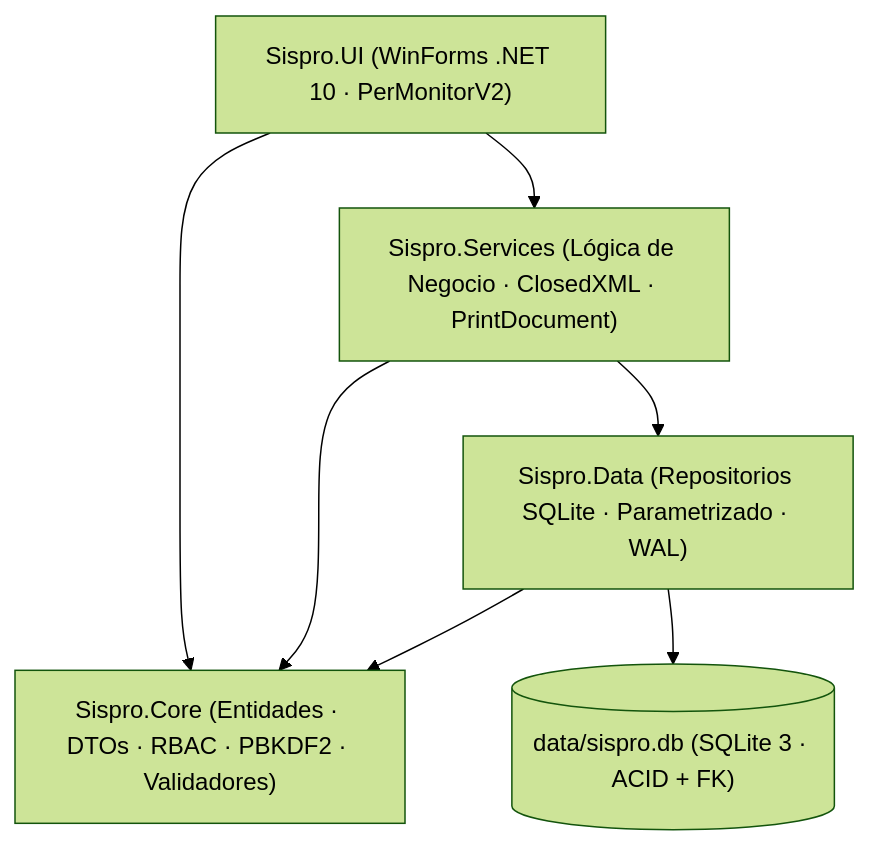
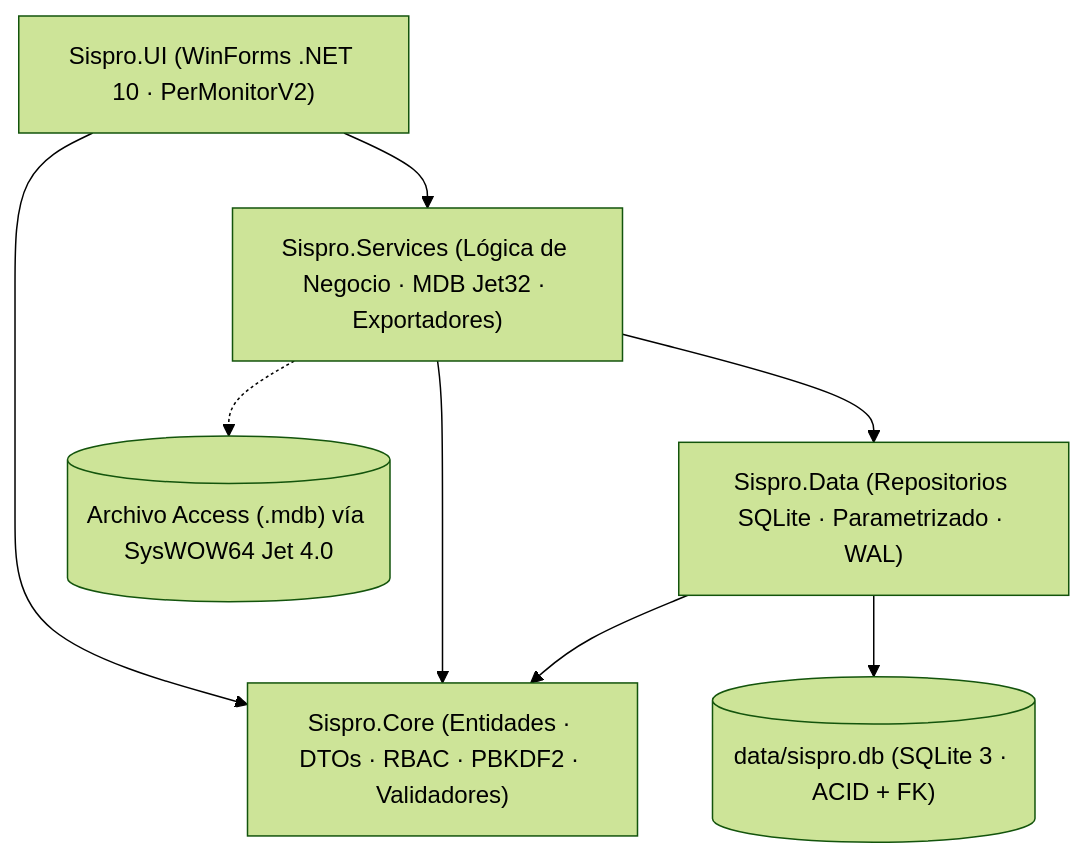
The first of 2 diagrams in docs/ARQUITECTURA_TECNICA.md (barriagada666-collab/SISPRO-Proveedores), drawn with Mermaid (forest theme) before and after one commit. The commit also changed other lines of this file and 33 other files, not shown here.

````diff
--- a/docs/ARQUITECTURA_TECNICA.md
+++ b/docs/ARQUITECTURA_TECNICA.md
@@ -7,15 +9,17 @@
 ```mermaid
 flowchart TD
     UI["Sispro.UI (WinForms .NET 10 · PerMonitorV2)"]
-    SRV["Sispro.Services (Lógica de Negocio · ClosedXML · PrintDocument)"]
+    SRV["Sispro.Services (Lógica de Negocio · MDB Jet32 · Exportadores)"]
     DATA["Sispro.Data (Repositorios SQLite · Parametrizado · WAL)"]
     CORE["Sispro.Core (Entidades · DTOs · RBAC · PBKDF2 · Validadores)"]
     DB[("data/sispro.db (SQLite 3 · ACID + FK)")]
+    MDB[("Archivo Access (.mdb) vía SysWOW64 Jet 4.0")]
 
     UI --> SRV
     UI --> CORE
     SRV --> DATA
     SRV --> CORE
+    SRV -.-> MDB
     DATA --> CORE
     DATA --> DB
 ```
````
